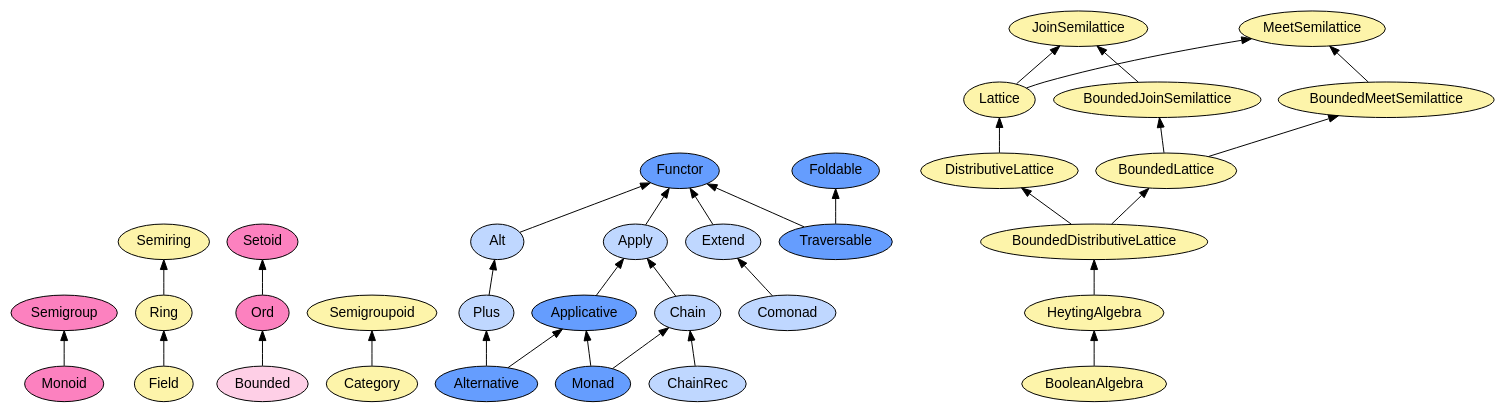
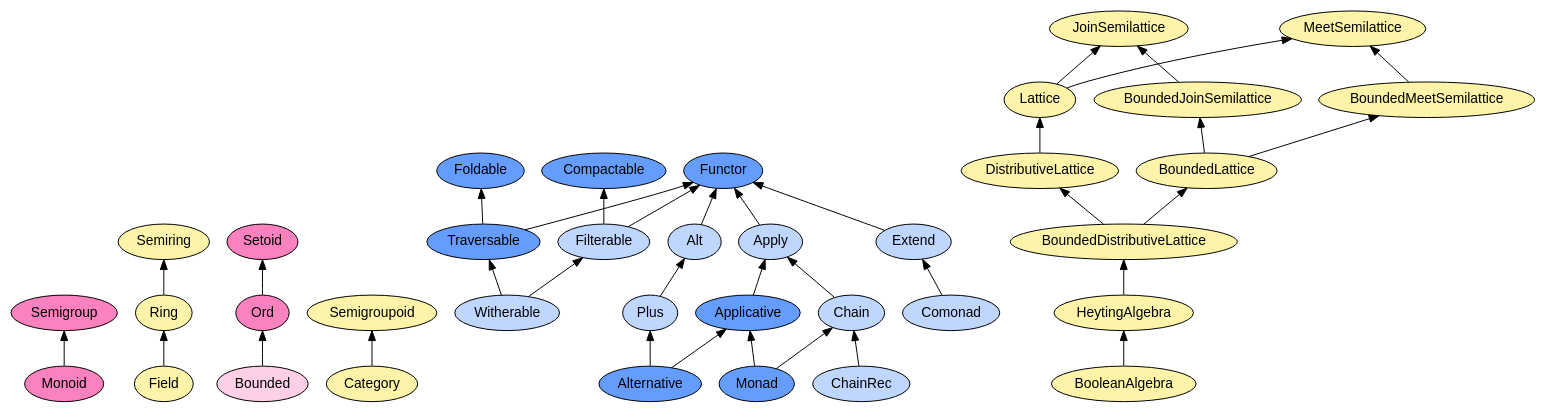
One commit to gcanti/fp-ts changed the diagram in type-classes.dot. Above: the diagram before and after it, drawn with Graphviz. The commit also changed 1 other file, not shown here.

Commit message:
Docs: add new type classes to the diagram

```diff
--- a/type-classes.dot
+++ b/type-classes.dot
@@ -1,32 +1,36 @@
 digraph G {
   rankdir=BT;
   node [fontname="arial"];
   node [style=filled,color=black,fillcolor="#FC81BF"];
   "Monoid" -> "Semigroup"
   node [style=filled,color=black,fillcolor="#FDF4AA"];
   "Field" -> "Ring" -> "Semiring"
   node [style=filled,color=black,fillcolor="#FC81BF"];
   "Ord" "Setoid"
   node [style=filled,color=black,fillcolor="#FECFE6"];
   "Bounded" -> "Ord" -> "Setoid"
   node [style=filled,color=black,fillcolor="#FDF4AA"];
   "Category" -> "Semigroupoid"
   node [style=filled,color=black,fillcolor="#659DFE"];
-  "Functor" "Applicative" "Monad" "Alternative" "Traversable" "Foldable"
+  "Functor" "Applicative" "Monad" "Alternative" "Traversable" "Foldable" "Compactable"
   node [style=filled,color=black,fillcolor="#BFD7FF"];
   "Alt" -> "Functor"
   "Alternative" -> "Applicative"
   "Alternative" -> "Plus" -> "Alt"
   "Monad" -> "Applicative" -> "Apply" -> "Functor"
   "Monad" -> "Chain" -> "Apply"
   "ChainRec" -> "Chain"
   "Comonad" -> "Extend" -> "Functor"
   "Traversable" -> "Foldable"
   "Traversable" -> "Functor"
+  "Filterable" -> "Functor"
+  "Filterable" -> "Compactable"
+  "Witherable" -> "Traversable"
+  "Witherable" -> "Filterable"
   node [style=filled,color=black,fillcolor="#FDF4AA"];
   "BooleanAlgebra" -> "HeytingAlgebra" -> "BoundedDistributiveLattice" -> "BoundedLattice" -> "BoundedJoinSemilattice"
   "BoundedDistributiveLattice" -> "DistributiveLattice" -> "Lattice" -> "JoinSemilattice"
   "Lattice" -> "MeetSemilattice"
   "BoundedJoinSemilattice" -> "JoinSemilattice"
   "BoundedLattice" -> "BoundedMeetSemilattice" -> "MeetSemilattice"
 }
```
